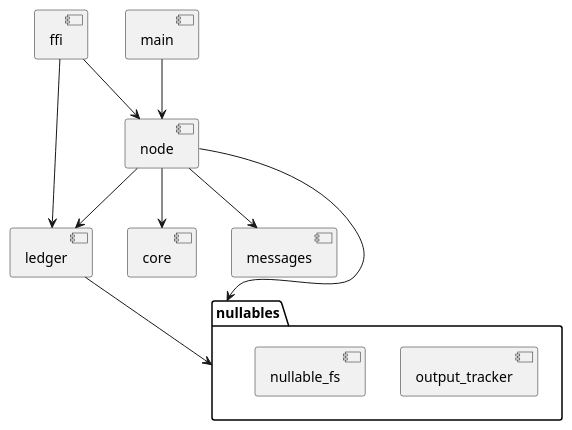
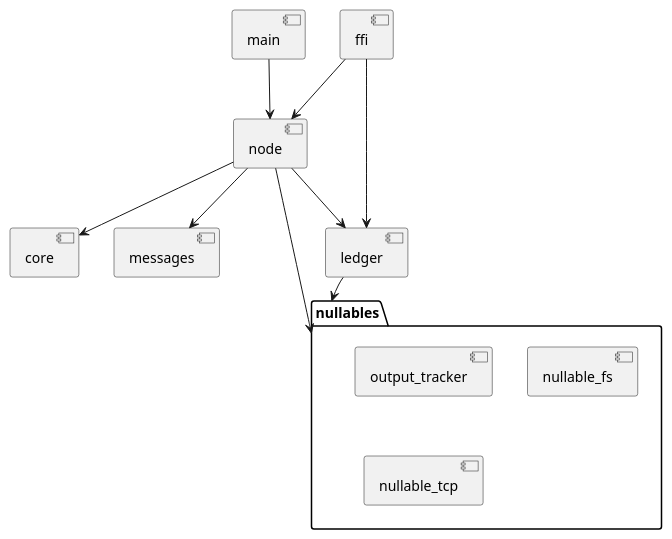
The diagram in rust/doc/crates.puml (stjet/rsban-node), drawn with PlantUML before and after one commit. The commit also changed 18 other files, not shown here.

Commit message:
Extract crate rsnano_nullable_tcp

```diff
--- a/rust/doc/crates.puml
+++ b/rust/doc/crates.puml
@@ -1,25 +1,26 @@
 @startuml "Split crates"
 
 [nullables]
 [core]
 [ledger]
 [messages]
 [node]
 [main]
 [ffi]
 
 folder "nullables"{
 [output_tracker]
 [nullable_fs]
+[nullable_tcp]
 }
 
 [main] --> [node]
 [node] --> [core]
 [node] --> [ledger]
 [node] --> [messages]
 [node] --> "nullables"
 [ledger] --> "nullables"
 [ffi] --> [ledger]
 [ffi] --> [node]
 
 @enduml
```
